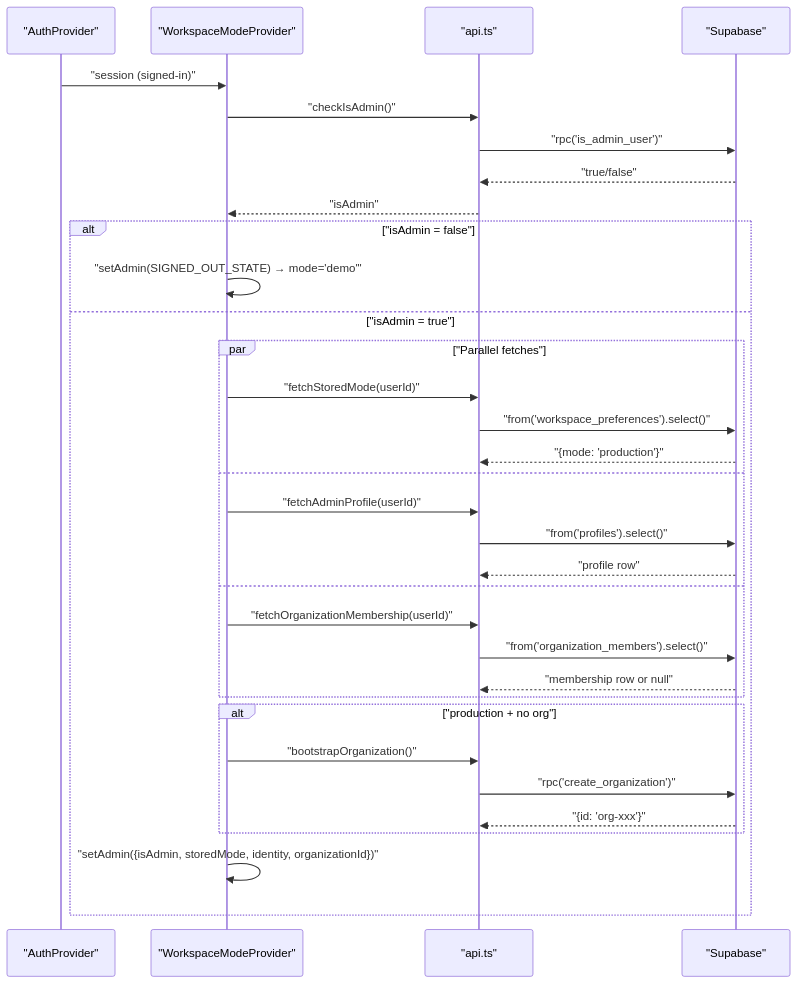
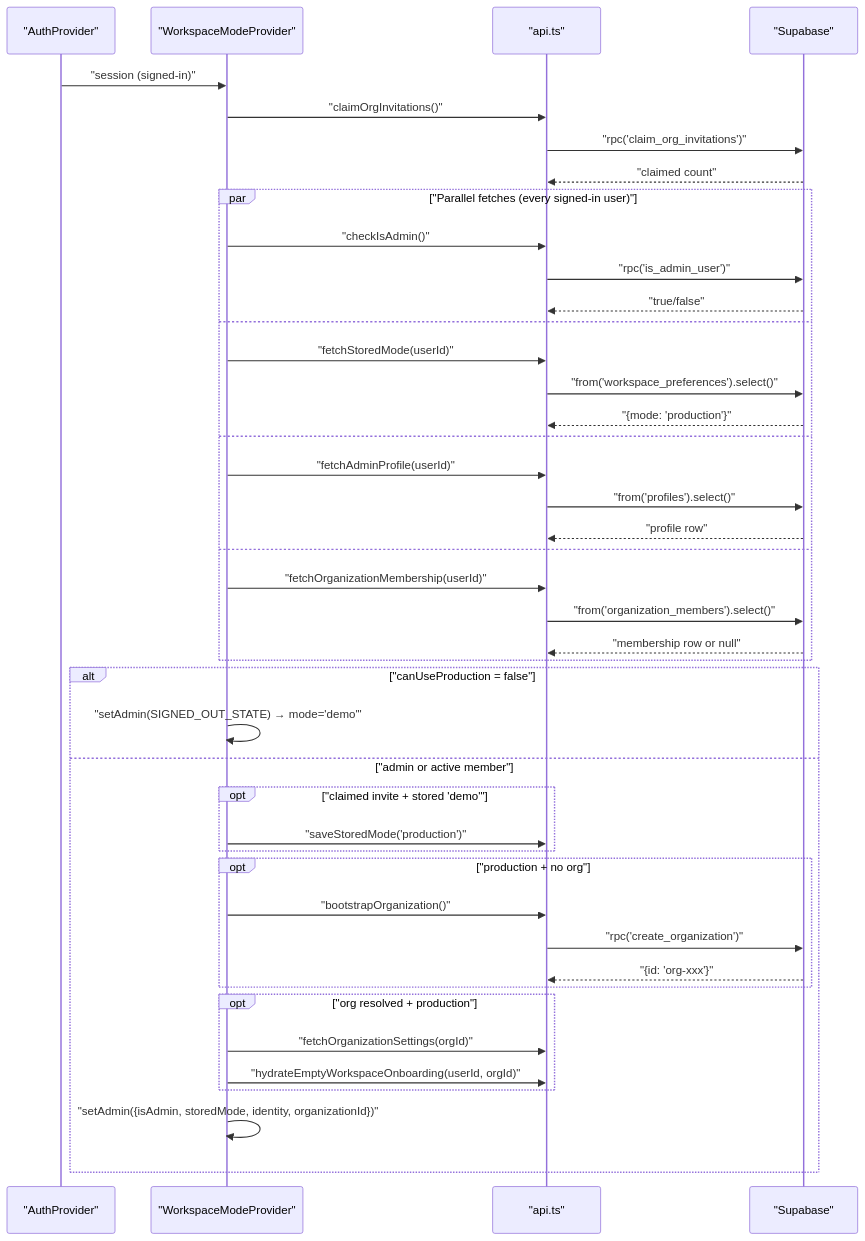
The first of 4 diagrams in docs/wiki/Workspace-Mode-Provider-Stack.md (Dutiva-Canada/Dutiva_Web), drawn with Mermaid before and after one commit. The commit also changed other lines of this file and 84 other files, not shown here.

````diff
--- a/docs/wiki/Workspace-Mode-Provider-Stack.md
+++ b/docs/wiki/Workspace-Mode-Provider-Stack.md
@@ -62,39 +65,48 @@
 ```mermaid
 sequenceDiagram
     participant AP as "AuthProvider"
     participant WMP as "WorkspaceModeProvider"
     participant API as "api.ts"
     participant SB as "Supabase"
 
     AP->>WMP: "session (signed-in)"
-    WMP->>API: "checkIsAdmin()"
-    API->>SB: "rpc('is_admin_user')"
-    SB-->>API: "true/false"
-    API-->>WMP: "isAdmin"
+    WMP->>API: "claimOrgInvitations()"
+    API->>SB: "rpc('claim_org_invitations')"
+    SB-->>API: "claimed count"
 
-    alt "isAdmin = false"
+    par "Parallel fetches (every signed-in user)"
+        WMP->>API: "checkIsAdmin()"
+        API->>SB: "rpc('is_admin_user')"
+        SB-->>API: "true/false"
+    and
+        WMP->>API: "fetchStoredMode(userId)"
+        API->>SB: "from('workspace_preferences').select()"
+        SB-->>API: "{mode: 'production'}"
+    and
+        WMP->>API: "fetchAdminProfile(userId)"
+        API->>SB: "from('profiles').select()"
+        SB-->>API: "profile row"
+    and
+        WMP->>API: "fetchOrganizationMembership(userId)"
+        API->>SB: "from('organization_members').select()"
+        SB-->>API: "membership row or null"
+    end
+
+    alt "canUseProduction = false"
         WMP->>WMP: "setAdmin(SIGNED_OUT_STATE) → mode='demo'"
-    else "isAdmin = true"
-        par "Parallel fetches"
-            WMP->>API: "fetchStoredMode(userId)"
-            API->>SB: "from('workspace_preferences').select()"
-            SB-->>API: "{mode: 'production'}"
-        and
-            WMP->>API: "fetchAdminProfile(userId)"
-            API->>SB: "from('profiles').select()"
-            SB-->>API: "profile row"
-        and
-            WMP->>API: "fetchOrganizationMembership(userId)"
-            API->>SB: "from('organization_members').select()"
-            SB-->>API: "membership row or null"
+    else "admin or active member"
+        opt "claimed invite + stored 'demo'"
+            WMP->>API: "saveStoredMode('production')"
         end
-
-        alt "production + no org"
+        opt "production + no org"
             WMP->>API: "bootstrapOrganization()"
             API->>SB: "rpc('create_organization')"
             SB-->>API: "{id: 'org-xxx'}"
         end
-
+        opt "org resolved + production"
+            WMP->>API: "fetchOrganizationSettings(orgId)"
+            WMP->>API: "hydrateEmptyWorkspaceOnboarding(userId, orgId)"
+        end
         WMP->>WMP: "setAdmin({isAdmin, storedMode, identity, organizationId})"
     end
 ```
````
